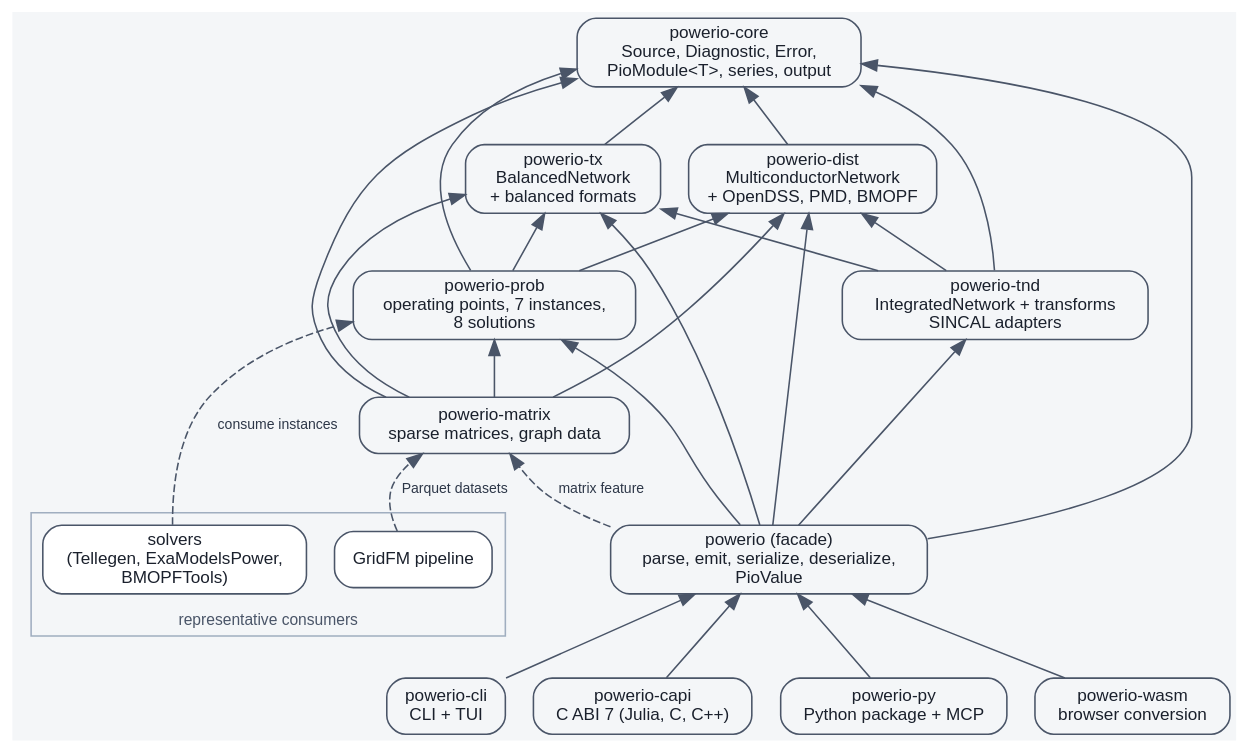
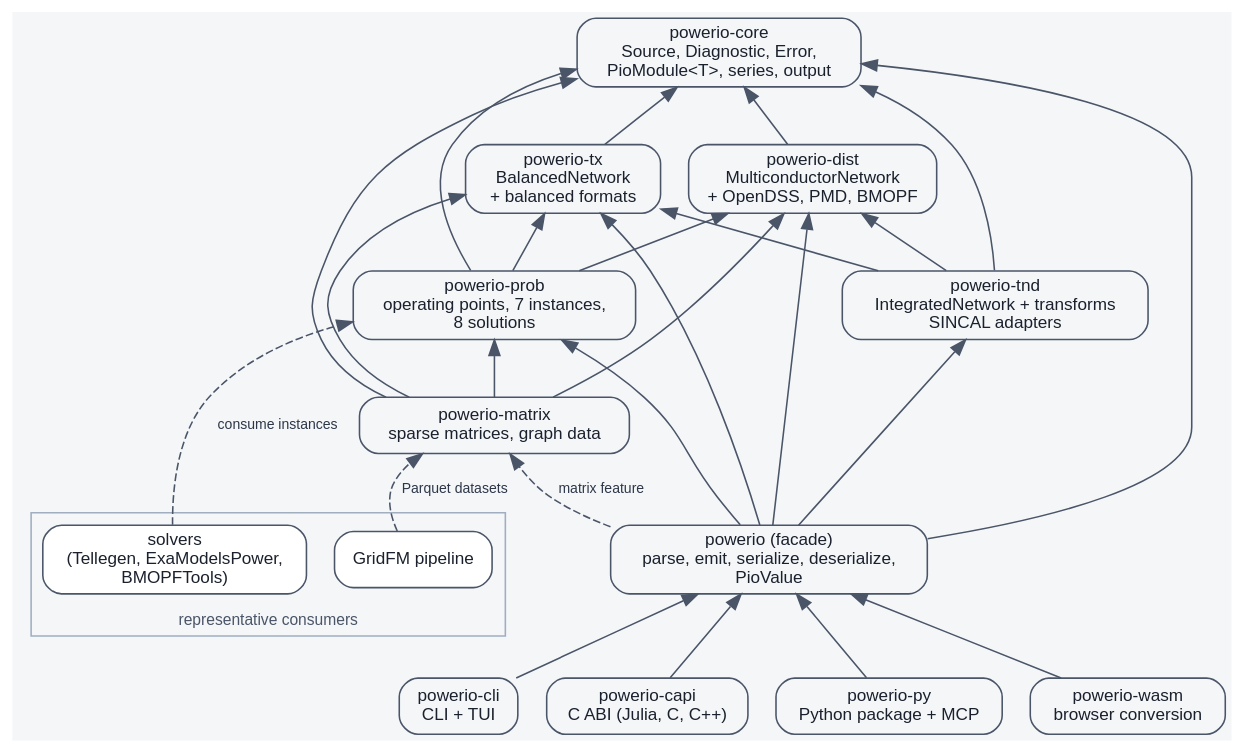
The diagram in docs/diagrams/architecture.dot (eigenergy/powerio), drawn with Graphviz before and after one commit. The commit also changed 37 other files, not shown here.

```diff
--- a/docs/diagrams/architecture.dot
+++ b/docs/diagrams/architecture.dot
@@ -1,63 +1,63 @@
 // The primary architecture map: components, dependency direction, and the
 // two network families. Edges read "depends on" unless labeled. Checked
 // against cargo metadata by scripts/check-architecture-map.py; the committed
 // SVG is generated by the same script. Node ids that name crates must match
 // workspace member names exactly.
 digraph powerio_architecture {
     rankdir = BT;
     bgcolor = "#f4f6f8";
     node [shape = box, style = "rounded,filled", fillcolor = "#f4f6f8",
           color = "#4a5568", fontname = "Helvetica", fontsize = 11,
           fontcolor = "#1a202c"];
     edge [color = "#4a5568", fontname = "Helvetica", fontsize = 9,
           fontcolor = "#2d3748"];
 
     subgraph cluster_consumers {
         label = "representative consumers";
         fontname = "Helvetica"; fontsize = 10; color = "#a0aec0"; fontcolor = "#4a5568";
         solvers [label = "solvers\n(Tellegen, ExaModelsPower,\nBMOPFTools)", fillcolor = "#ffffff"];
         gridfm_ml [label = "GridFM pipeline", fillcolor = "#ffffff"];
     }
 
     "powerio-cli" [label = "powerio-cli\nCLI + TUI"];
-    "powerio-capi" [label = "powerio-capi\nC ABI 7 (Julia, C, C++)"];
+    "powerio-capi" [label = "powerio-capi\nC ABI (Julia, C, C++)"];
     "powerio-py" [label = "powerio-py\nPython package + MCP"];
     "powerio-wasm" [label = "powerio-wasm\nbrowser conversion"];
 
     powerio [label = "powerio (facade)\nparse, emit, serialize, deserialize,\nPioValue"];
 
     "powerio-matrix" [label = "powerio-matrix\nsparse matrices, graph data"];
     "powerio-prob" [label = "powerio-prob\noperating points, 7 instances,\n8 solutions"];
 
     "powerio-tx" [label = "powerio-tx\nBalancedNetwork\n+ balanced formats"];
     "powerio-dist" [label = "powerio-dist\nMulticonductorNetwork\n+ OpenDSS, PMD, BMOPF"];
 
     "powerio-core" [label = "powerio-core\nSource, Diagnostic, Error,\nPioModule<T>, series, output"];
     "powerio-tnd" [label = "powerio-tnd\nIntegratedNetwork + transforms\nSINCAL adapters"];
 
     "powerio-tx" -> "powerio-core";
     "powerio-tnd" -> "powerio-tx";
     "powerio-tnd" -> "powerio-dist";
     "powerio-dist" -> "powerio-core";
     "powerio-tnd" -> "powerio-core";
     "powerio-prob" -> "powerio-core";
     "powerio-prob" -> "powerio-tx";
     "powerio-prob" -> "powerio-dist";
     "powerio-matrix" -> "powerio-core";
     "powerio-matrix" -> "powerio-tx";
     "powerio-matrix" -> "powerio-dist";
     "powerio-matrix" -> "powerio-prob";
     powerio -> "powerio-core";
     powerio -> "powerio-tnd";
     powerio -> "powerio-tx";
     powerio -> "powerio-dist";
     powerio -> "powerio-prob";
     powerio -> "powerio-matrix" [label = "matrix feature", style = dashed];
     "powerio-cli" -> powerio;
     "powerio-capi" -> powerio;
     "powerio-py" -> powerio;
     "powerio-wasm" -> powerio;
 
     solvers -> "powerio-prob" [label = "consume instances", style = dashed];
     gridfm_ml -> "powerio-matrix" [label = "Parquet datasets", style = dashed];
 }
```
